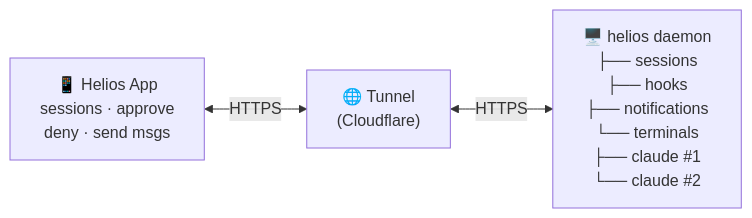
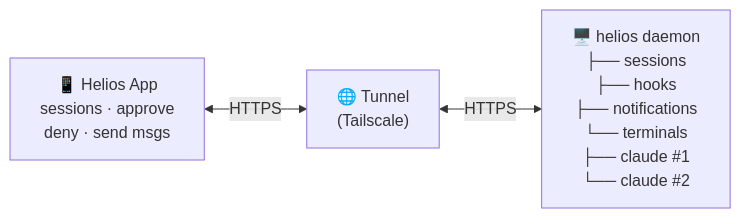
The first of 4 diagrams in README.md (kamrul1157024/helios), drawn with Mermaid before and after one commit. The commit also changed other lines of this file, not shown here.

First line of the commit message:
docs: recommend Tailscale as the tunnel provider

````diff
--- a/README.md
+++ b/README.md
@@ -43,9 +44,9 @@
 ```mermaid
 graph LR
     Phone["📱 Helios App<br/>sessions · approve<br/>deny · send msgs"]
-    Tunnel["🌐 Tunnel<br/>(Cloudflare)"]
+    Tunnel["🌐 Tunnel<br/>(Tailscale)"]
     Daemon["🖥️ helios daemon<br/>├── sessions<br/>├── hooks<br/>├── notifications<br/>└── terminals<br/>    ├── claude #1<br/>    └── claude #2"]
 
     Phone <-->|HTTPS| Tunnel
     Tunnel <-->|HTTPS| Daemon
 ```
````
